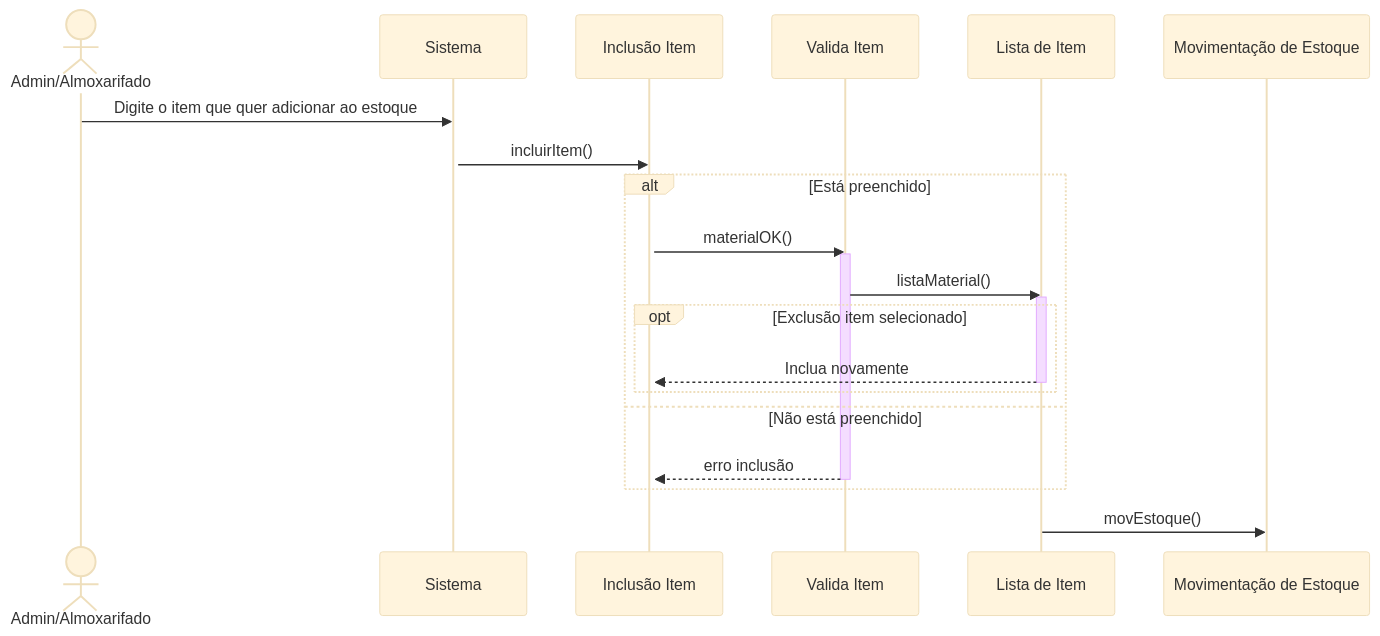
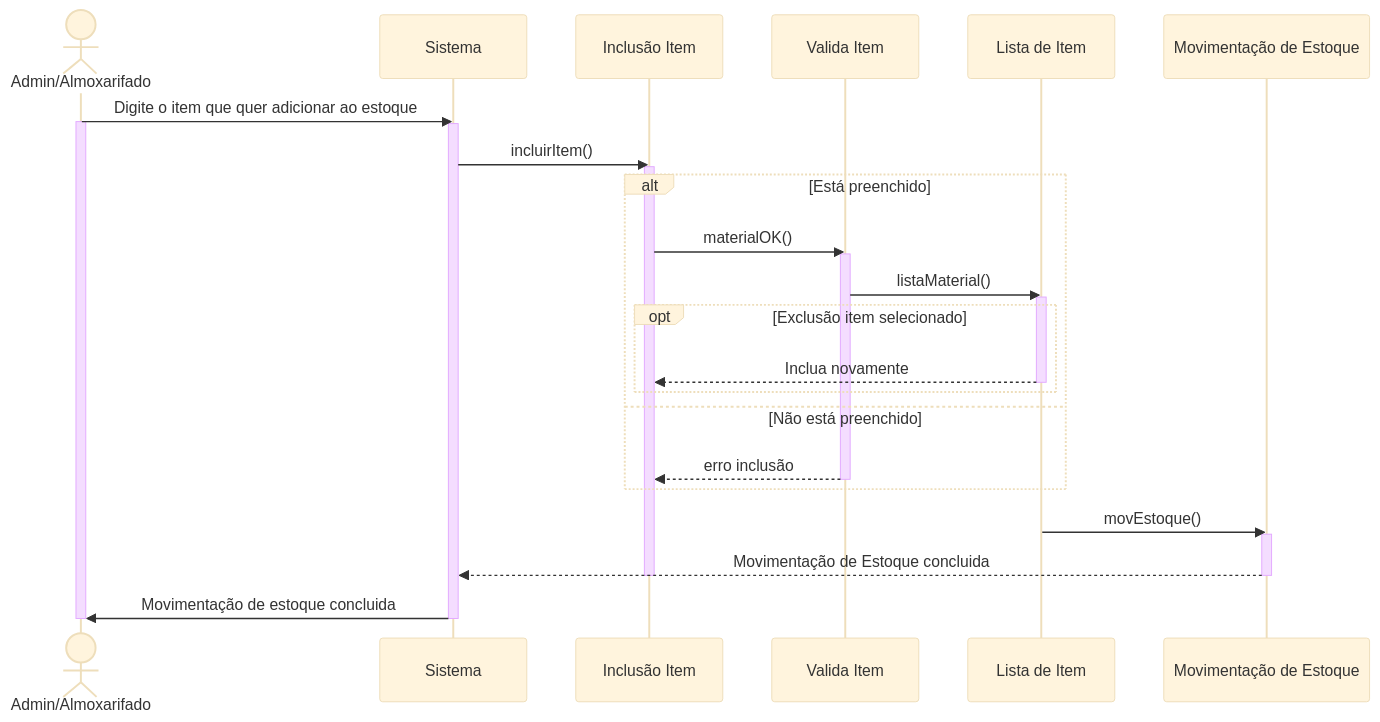
Before and after one commit to branqsMRP/SequenceDiagram: the diagram in DiagramaSequencia/Movimentacao/mvEstoque.md, drawn with Mermaid (base theme). The commit also changed 3 other files, not shown here.

`````diff
--- a/DiagramaSequencia/Movimentacao/mvEstoque.md
+++ b/DiagramaSequencia/Movimentacao/mvEstoque.md
@@ -1,34 +1,41 @@
 ````mermaid
 sequenceDiagram
 
 actor AA as Admin/Almoxarifado
 participant S as Sistema
 participant II as Inclusão Item
 participant VI as Valida Item
 participant LI as Lista de Item
 participant ME as Movimentação de Estoque
 
 AA->>S: Digite o item que quer adicionar ao estoque
 activate AA
 activate S
 
 S->>II: incluirItem()
 activate II
 
     alt Está preenchido
     II->>VI: materialOK()
     activate VI
     VI->>LI: listaMaterial()
     activate LI
             opt Exclusão item selecionado
             LI-->>II: Inclua novamente
             deactivate LI
             end
     else Não está preenchido
     VI-->>II: erro inclusão
     deactivate VI
     end
 
 LI->>ME: movEstoque()
 activate ME
+ME-->>S: Movimentação de Estoque concluida 
+deactivate ME
+deactivate II
+
+S->>AA: Movimentação de estoque concluida
+deactivate S
+deactivate AA
 ````
`````
